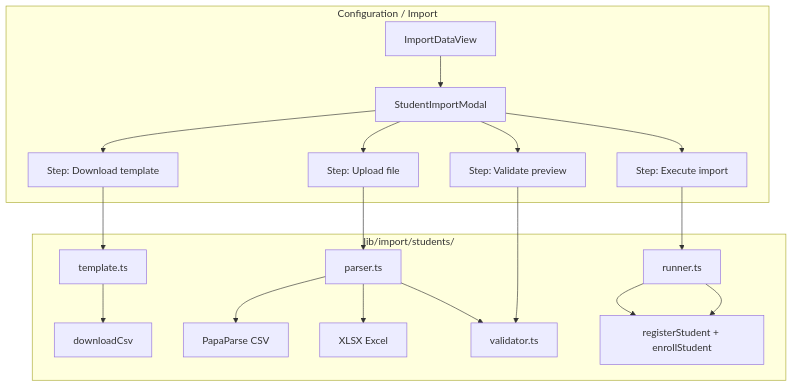
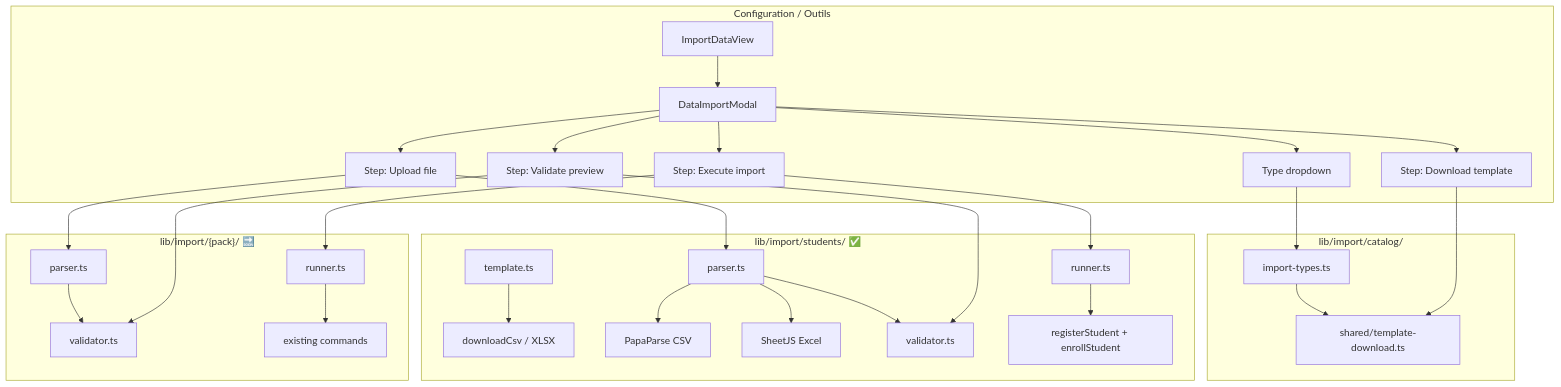
The diagram in docs/sprints/student-import-plan.md (Maya-Invest/edaya_frontend), drawn with Mermaid before and after one commit. The commit also changed other lines of this file and 19 other files, not shown here.

````diff
--- a/docs/sprints/student-import-plan.md
+++ b/docs/sprints/student-import-plan.md
@@ -36,25 +57,40 @@
 ```mermaid
 flowchart TD
-    subgraph UI["Configuration / Import"]
-        A[ImportDataView] --> B[StudentImportModal]
+    subgraph UI["Configuration / Outils"]
+        A[ImportDataView] --> B[DataImportModal]
+        B --> SEL[Type dropdown]
         B --> S1[Step: Download template]
         B --> S2[Step: Upload file]
         B --> S3[Step: Validate preview]
         B --> S4[Step: Execute import]
     end
 
-    subgraph Lib["lib/import/students/"]
-        T[template.ts] --> DL[downloadCsv]
-        P[parser.ts] --> PP[PapaParse CSV]
-        P --> XLS[XLSX Excel]
-        V[validator.ts]
-        R[runner.ts] --> API[registerStudent + enrollStudent]
+    subgraph Catalog["lib/import/catalog/"]
+        CAT[import-types.ts] --> TDL[shared/template-download.ts]
     end
 
-    S1 --> T
+    subgraph Students["lib/import/students/ ✅"]
+        T[template.ts] --> DL[downloadCsv / XLSX]
+        P[parser.ts] --> PP[PapaParse CSV]
+        P --> XLS[SheetJS Excel]
+        V[validator.ts]
+        R[runner.ts] --> API1[registerStudent + enrollStudent]
+    end
+
+    subgraph Future["lib/import/{pack}/ 🔜"]
+        FP[parser.ts]
+        FV[validator.ts]
+        FR[runner.ts] --> API2[existing commands]
+    end
+
+    SEL --> CAT
+    S1 --> TDL
     S2 --> P
+    S2 --> FP
     P --> V
+    FP --> FV
     S3 --> V
+    S3 --> FV
     S4 --> R
-    R --> API
+    S4 --> FR
 ```
````
